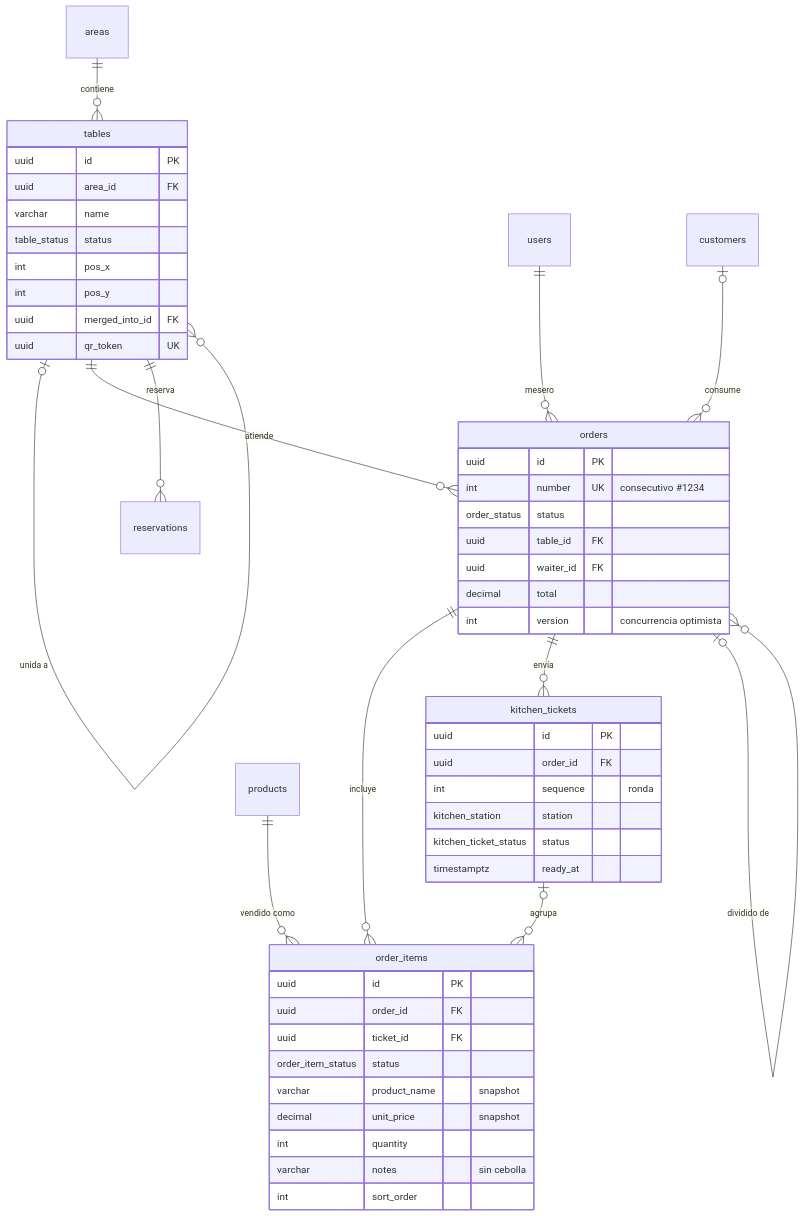
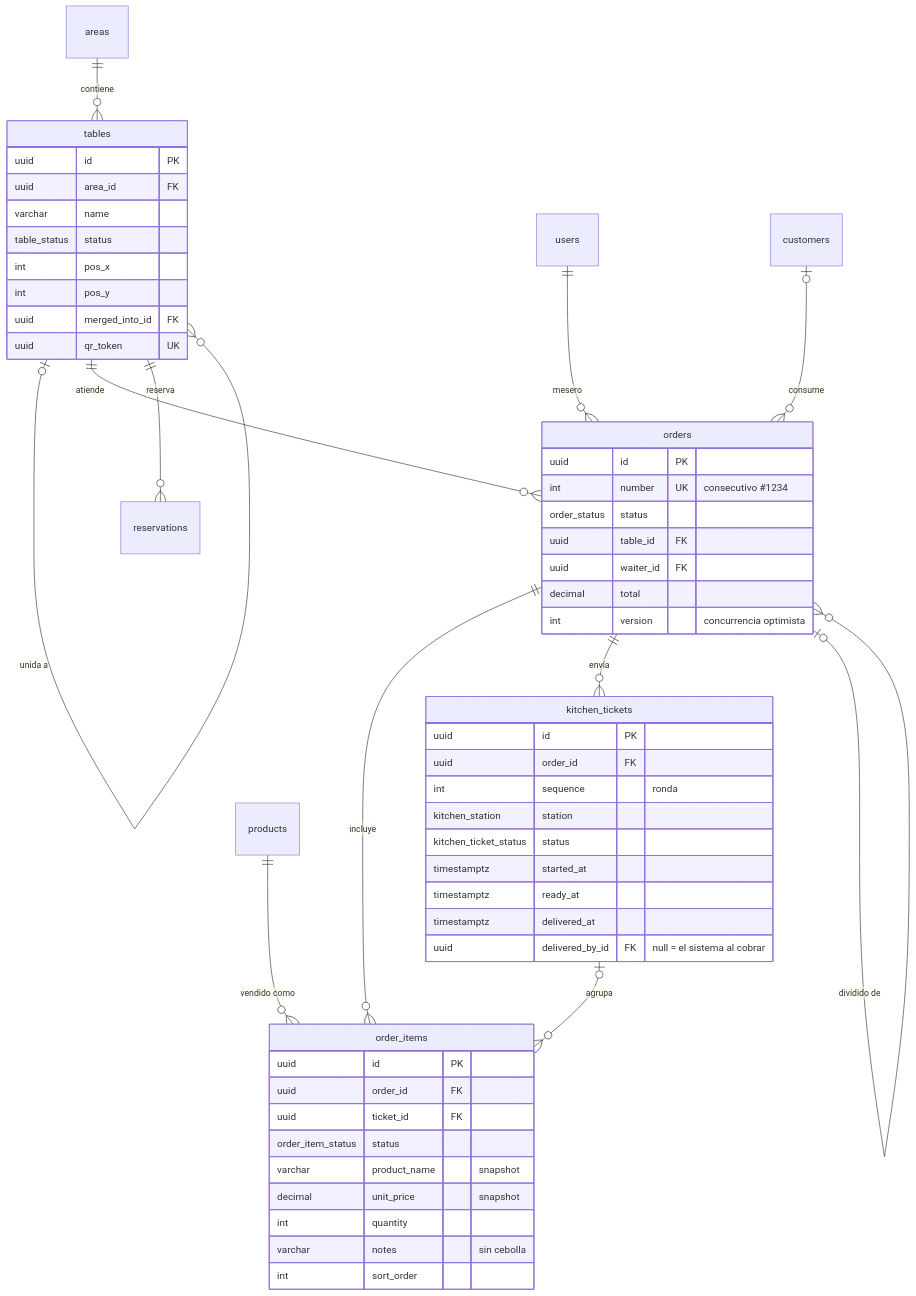
One commit to dante312w/Karbon changed the second of 4 diagrams in docs/DATABASE.md. Above: the diagram before and after it, drawn with Mermaid. The commit also changed other lines of this file and 41 other files, not shown here.

````diff
--- a/docs/DATABASE.md
+++ b/docs/DATABASE.md
@@ -81,52 +81,55 @@
 ```mermaid
 erDiagram
   areas ||--o{ tables : "contiene"
   tables |o--o{ tables : "unida a"
   tables ||--o{ orders : "atiende"
   tables ||--o{ reservations : "reserva"
   users ||--o{ orders : "mesero"
   customers |o--o{ orders : "consume"
   orders ||--o{ order_items : "incluye"
   orders ||--o{ kitchen_tickets : "envía"
   kitchen_tickets |o--o{ order_items : "agrupa"
   orders |o--o{ orders : "dividido de"
   products ||--o{ order_items : "vendido como"
   tables {
     uuid id PK
     uuid area_id FK
     varchar name
     table_status status
     int pos_x
     int pos_y
     uuid merged_into_id FK
     uuid qr_token UK
   }
   orders {
     uuid id PK
     int number UK "consecutivo #1234"
     order_status status
     uuid table_id FK
     uuid waiter_id FK
     decimal total
     int version "concurrencia optimista"
   }
   order_items {
     uuid id PK
     uuid order_id FK
     uuid ticket_id FK
     order_item_status status
     varchar product_name "snapshot"
     decimal unit_price "snapshot"
     int quantity
     varchar notes "sin cebolla"
     int sort_order
   }
   kitchen_tickets {
     uuid id PK
     uuid order_id FK
     int sequence "ronda"
     kitchen_station station
     kitchen_ticket_status status
+    timestamptz started_at
     timestamptz ready_at
+    timestamptz delivered_at
+    uuid delivered_by_id FK "null = el sistema al cobrar"
   }
 ```
````
